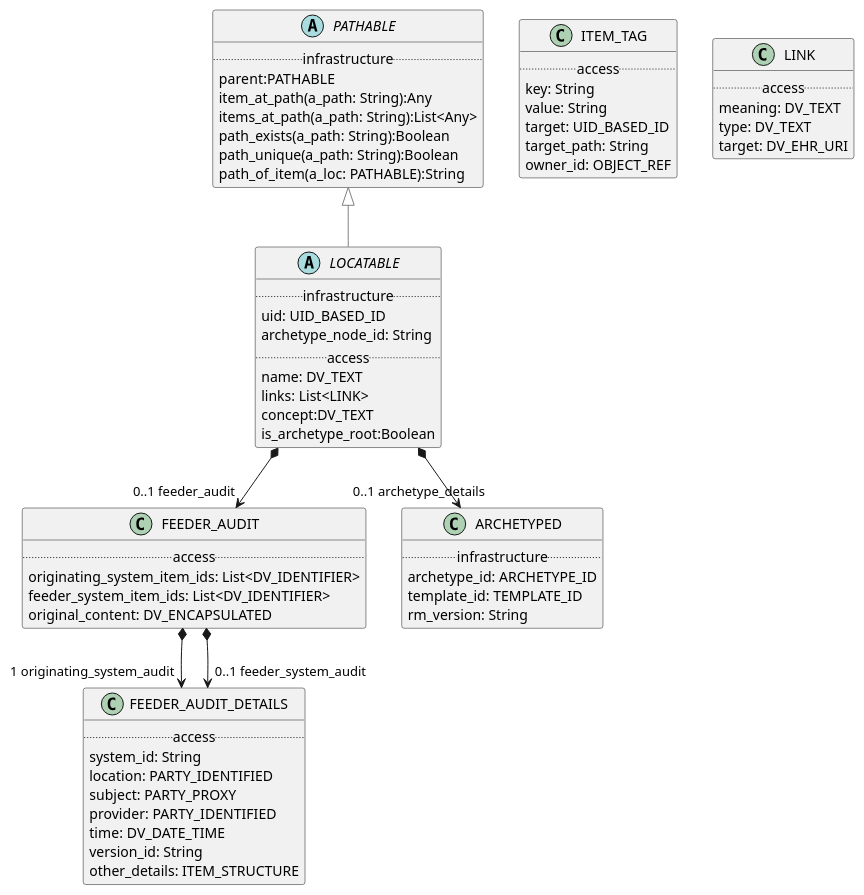
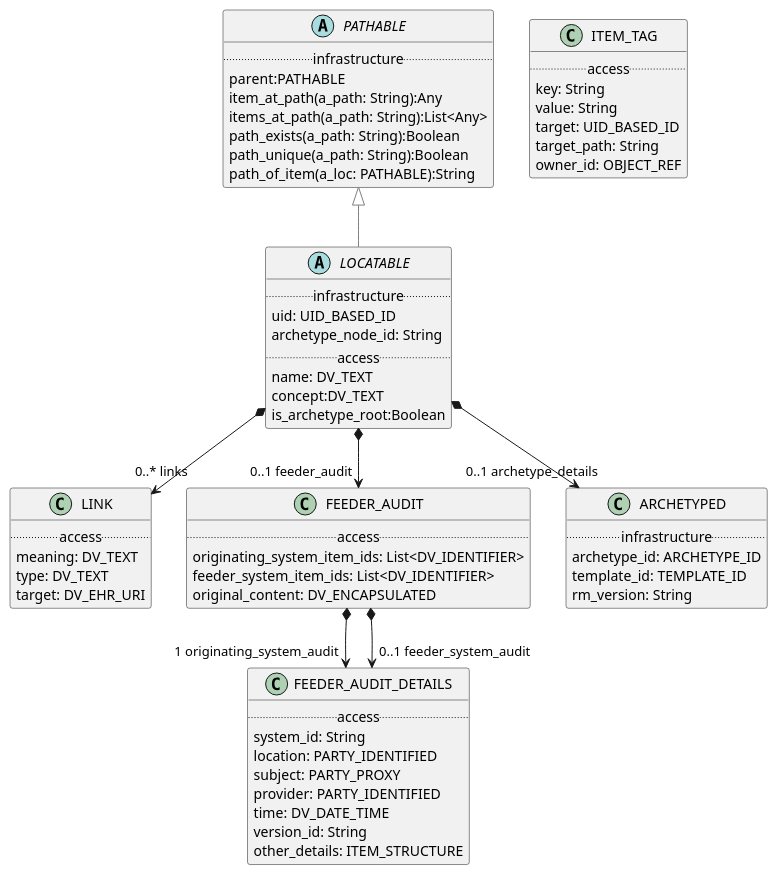
Before and after one commit to wolandscat/openehr-doc: the diagram in modules/ROOT/examples/bmm/representation/data_marking/data_marking-package-uml.adoc, drawn with PlantUML. The commit also changed 26 other files, not shown here.

```diff
--- a/modules/ROOT/examples/bmm/representation/data_marking/data_marking-package-uml.adoc
+++ b/modules/ROOT/examples/bmm/representation/data_marking/data_marking-package-uml.adoc
@@ -73,7 +73,6 @@
         archetype_node_id: String
         .. access ..
         name: DV_TEXT
-        links: List<LINK>
         concept:DV_TEXT
         is_archetype_root:Boolean
 }
@@ -83,6 +82,8 @@
 
 LOCATABLE *--> "0..1 archetype_details" ARCHETYPED
 
+LOCATABLE *--> "0..* links" LINK
+
 LOCATABLE *--> "0..1 feeder_audit" FEEDER_AUDIT
 
 ....
```
